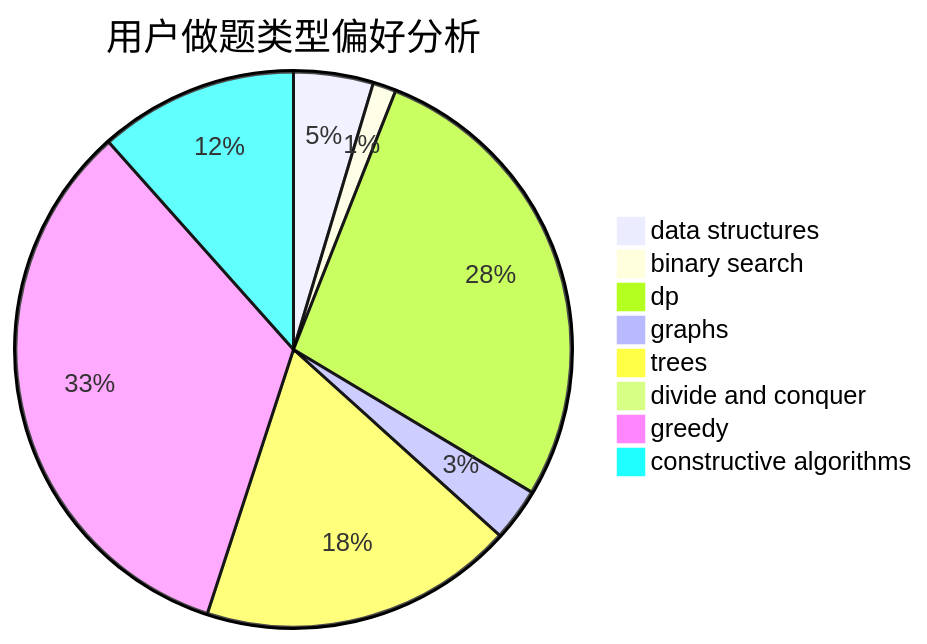
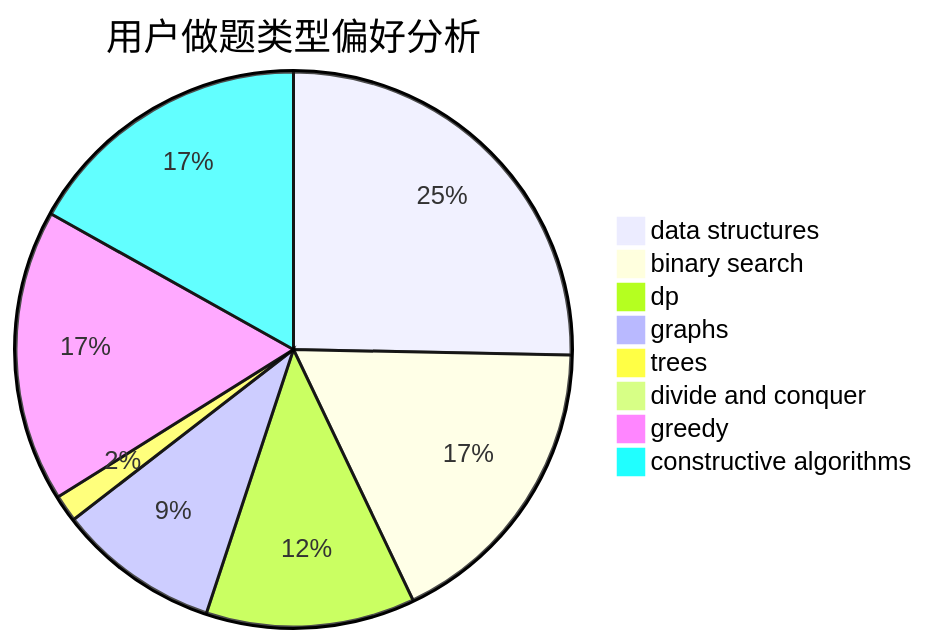
The second of 3 diagrams in docs/user/u1081.md (sherpahu/cfrs.github.io), drawn with Mermaid before and after one commit. The commit also changed other lines of this file and 2770 other files, not shown here.

````diff
--- a/docs/user/u1081.md
+++ b/docs/user/u1081.md
@@ -23,11 +23,11 @@
 ```mermaid
 pie title 用户做题类型偏好分析
-    "data structures" :  24
-    "binary search" :  7
-    "dp" :  143
-    "graphs" :  16
-    "trees" :  95
-    "divide and conquer" :  1
-    "greedy" :  173
-    "constructive algorithms" :  60
+    "data structures" :  177
+    "binary search" :  123
+    "dp" :  85
+    "graphs" :  66
+    "trees" :  11
+    "divide and conquer" :  5
+    "greedy" :  119
+    "constructive algorithms" :  118
 ```
````
